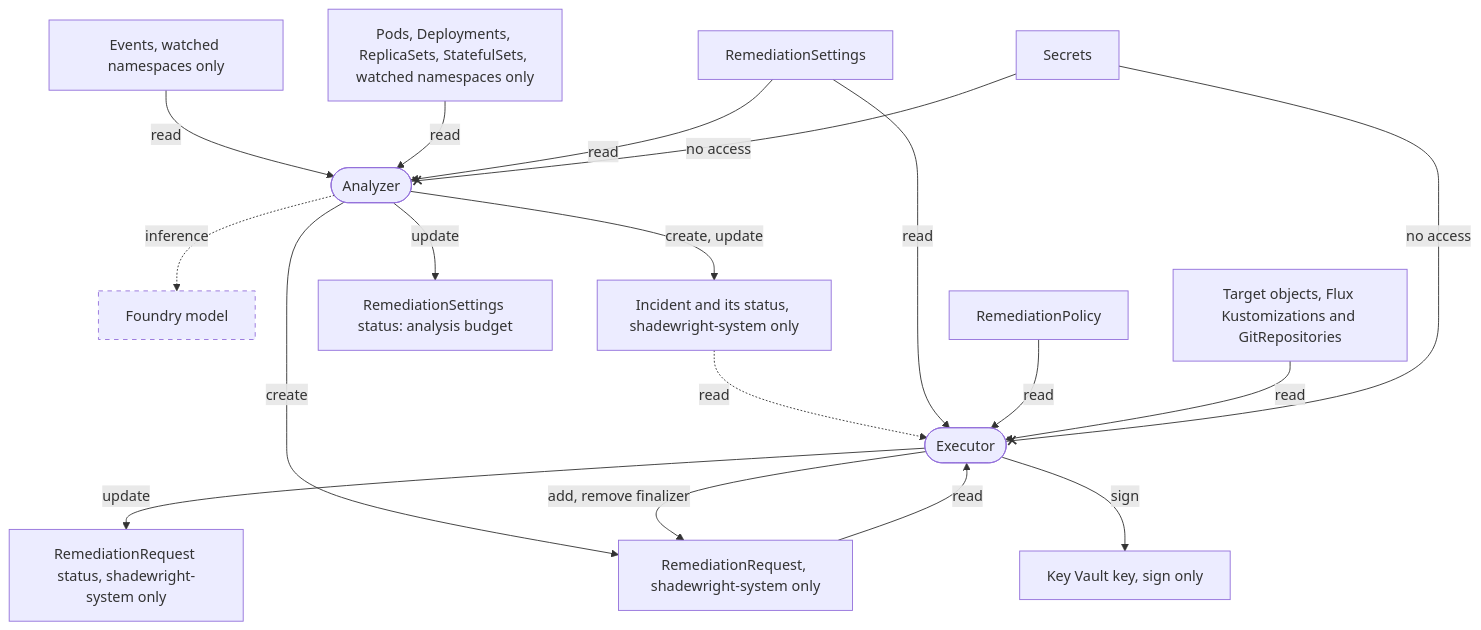
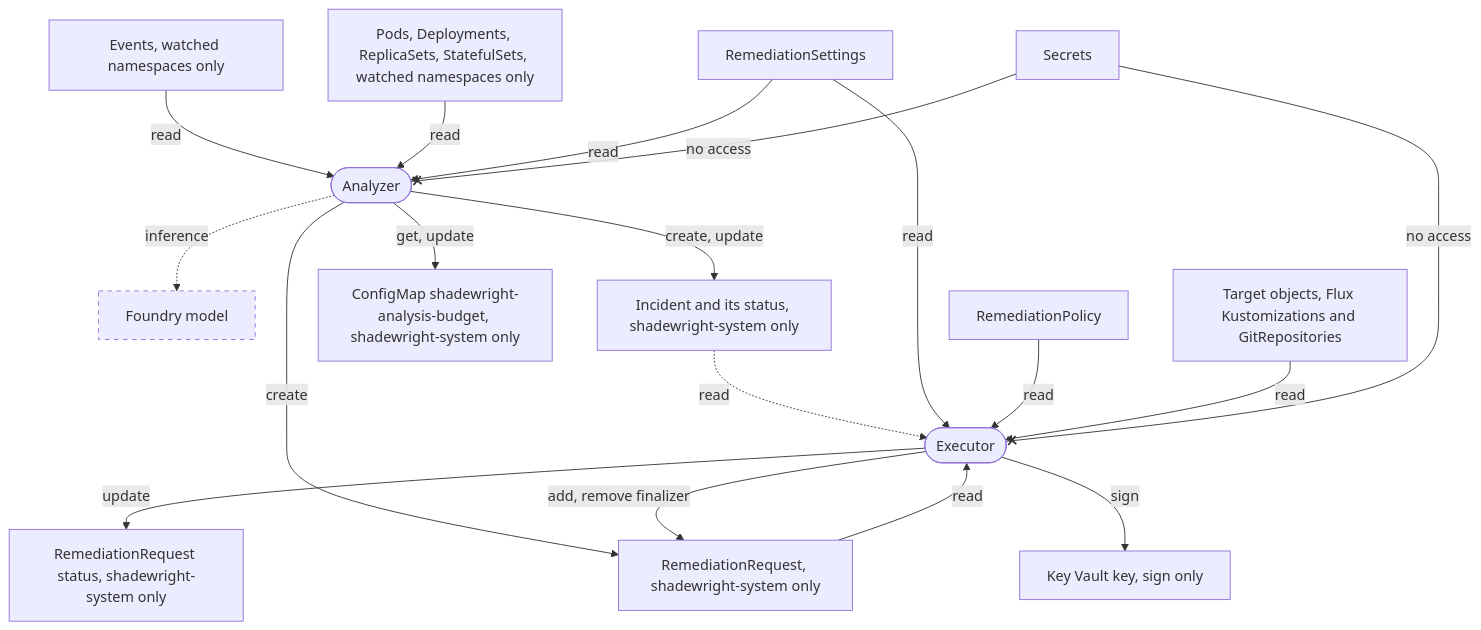
One commit to pkalin/shadewright changed the fifth of 5 diagrams in docs/design.md. Above: the diagram before and after it, drawn with Mermaid. The commit also changed other lines of this file and 4 other files, not shown here.

First line of the commit message:
docs: describe the analysis budget ConfigMap, the settle limit and accept ADR-0023

````diff
--- a/docs/design.md
+++ b/docs/design.md
@@ -618,36 +620,36 @@
 ```mermaid
 flowchart TB
     ev["Events, watched namespaces only"]
     wl["Pods, Deployments, ReplicaSets, StatefulSets, watched namespaces only"]
     an([Analyzer])
     fm[Foundry model]
     inc["Incident and its status, shadewright-system only"]
     rr["RemediationRequest, shadewright-system only"]
     set[RemediationSettings]
-    budget["RemediationSettings status: analysis budget"]
+    budget["ConfigMap shadewright-analysis-budget, shadewright-system only"]
     pol[RemediationPolicy]
     tgt[Target objects, Flux Kustomizations and GitRepositories]
     ex([Executor])
     rrs["RemediationRequest status, shadewright-system only"]
     kv[Key Vault key, sign only]
     sec[Secrets]
     ev -- read --> an
     wl -- read --> an
     set -- read --> an
-    an -- update --> budget
+    an -- get, update --> budget
     an -. inference .-> fm
     an -- create, update --> inc
     an -- create --> rr
     inc -. read .-> ex
     rr -- read --> ex
     set -- read --> ex
     pol -- read --> ex
     tgt -- read --> ex
     ex -- update --> rrs
     ex -- add, remove finalizer --> rr
     ex -- sign --> kv
     sec -- no access --x an
     sec -- no access --x ex
     classDef planned stroke-dasharray: 5 5
     class fm planned
 ```
````
